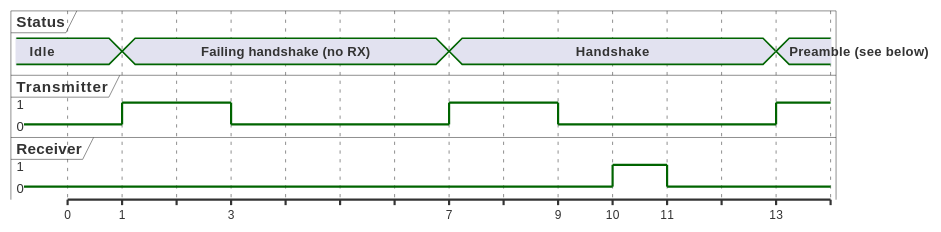
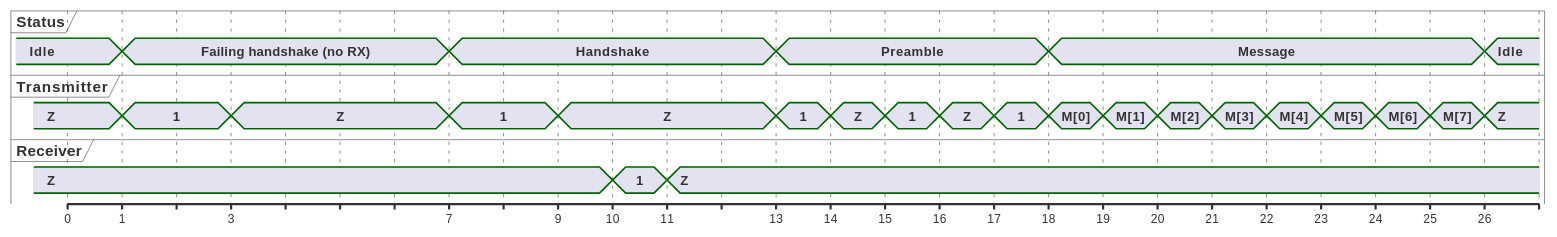
Before and after one commit to PicoNodes/PicoNodes: the diagram in docs/PicoTalk.org, drawn with PlantUML. The commit also changed other lines of this file and 2 other files, not shown here.

Commit message:
Finished PicoTalk timing diagram

```diff
--- a/docs/PicoTalk.org
+++ b/docs/PicoTalk.org
@@ -38,38 +33,72 @@
-   #+BEGIN_SRC plantuml :file PicoTalk-handshake.svg
-     @startuml
-     concise "Status" as Status
-     robust "Transmitter" as TX
-     robust "Receiver" as RX
+  #+BEGIN_SRC plantuml :file PicoTalk-timing.svg
+    @startuml
+    concise "Status" as Status
+    concise "Transmitter" as TX
+    concise "Receiver" as RX
 
-     Status is Idle
-     TX is 0
-     RX is 0
+    Status is Idle
+    TX is Z
+    RX is Z
 
-     @0
+    @0
 
-     @+1
-     Status is "Failing handshake (no RX)"
-     TX is 1
+    @+1
+    Status is "Failing handshake (no RX)"
+    TX is 1
 
-     @+2
-     TX is 0
+    @+2
+    TX is Z
 
-     @+4
-     Status is Handshake
-     TX is 1
+    @+4
+    Status is Handshake
+    TX is 1
 
-     @+2
-     TX is 0
+    @+2
+    TX is Z
 
-     @+1
-     RX is 1
+    @+1
+    RX is 1
 
-     @+1
-     RX is 0
+    @+1
+    RX is Z
 
-     @+2
-     Status is "Preamble (see below)"
-     TX is 1
+    @+2
+    Status is Preamble
+    TX is 1
 
-     @enduml
-   #+END_SRC
+    @+1
+    TX is Z
+
+    @+1
+    TX is 1
+
+    @+1
+    TX is Z
+
+    @+1
+    TX is 1
+
+    @+1
+    Status is Message
+    TX is "M[0]"
+    @+1
+    TX is "M[1]"
+    @+1
+    TX is "M[2]"
+    @+1
+    TX is "M[3]"
+    @+1
+    TX is "M[4]"
+    @+1
+    TX is "M[5]"
+    @+1
+    TX is "M[6]"
+    @+1
+    TX is "M[7]"
+
+    @+1
+    Status is Idle
+    TX is Z
+
+    @enduml
+  #+END_SRC
```
